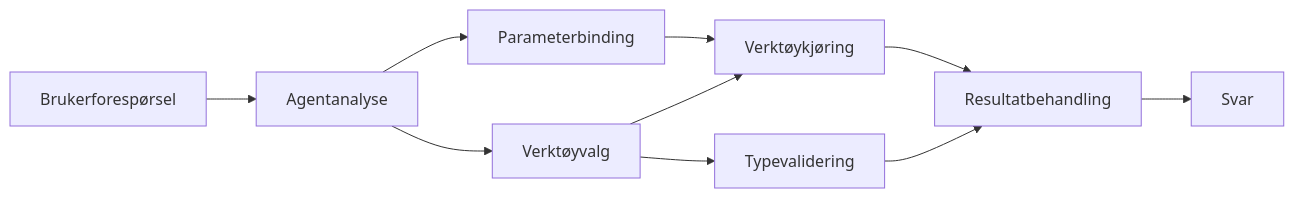
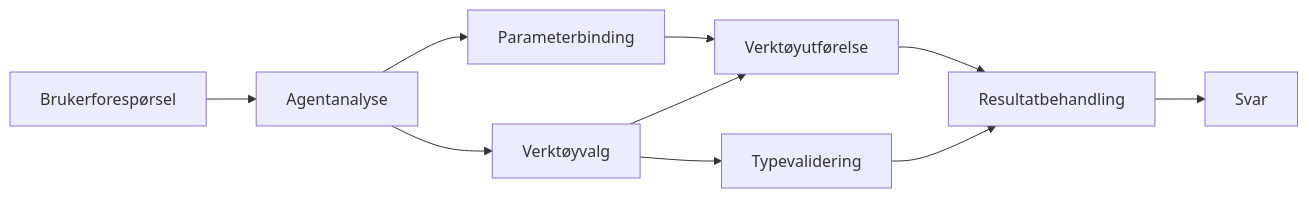
One commit to venturemavenwill/azureaifundamentals changed the diagram in translations/no/04-tool-use/code_samples/04-dotnet-agent-framework.md. Above: the diagram before and after it, drawn with Mermaid. The commit also changed other lines of this file and 2002 other files, not shown here.

````diff
--- a/translations/no/04-tool-use/code_samples/04-dotnet-agent-framework.md
+++ b/translations/no/04-tool-use/code_samples/04-dotnet-agent-framework.md
@@ -40,12 +40,12 @@
 ```mermaid
 graph LR
     A[Brukerforespørsel] --> B[Agentanalyse]
     B --> C[Verktøyvalg]
     C --> D[Typevalidering]
     B --> E[Parameterbinding]
-    E --> F[Verktøykjøring]
+    E --> F[Verktøyutførelse]
     C --> F
     F --> G[Resultatbehandling]
     D --> G
     G --> H[Svar]
 ```
````
